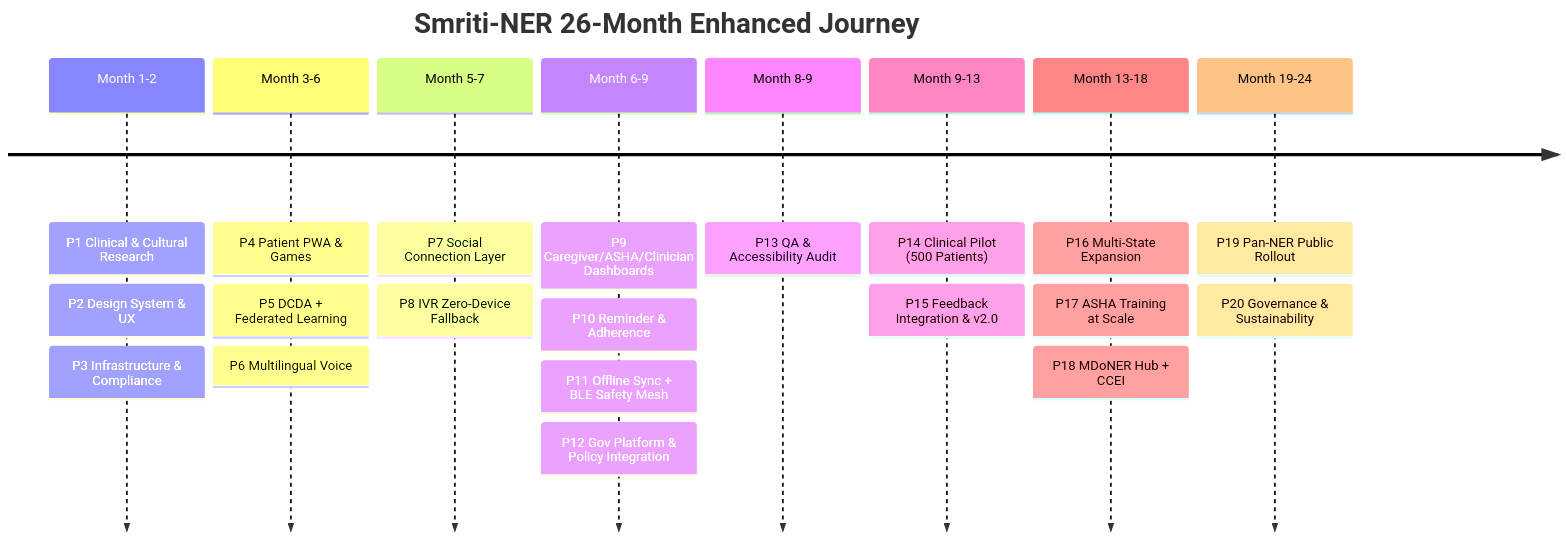
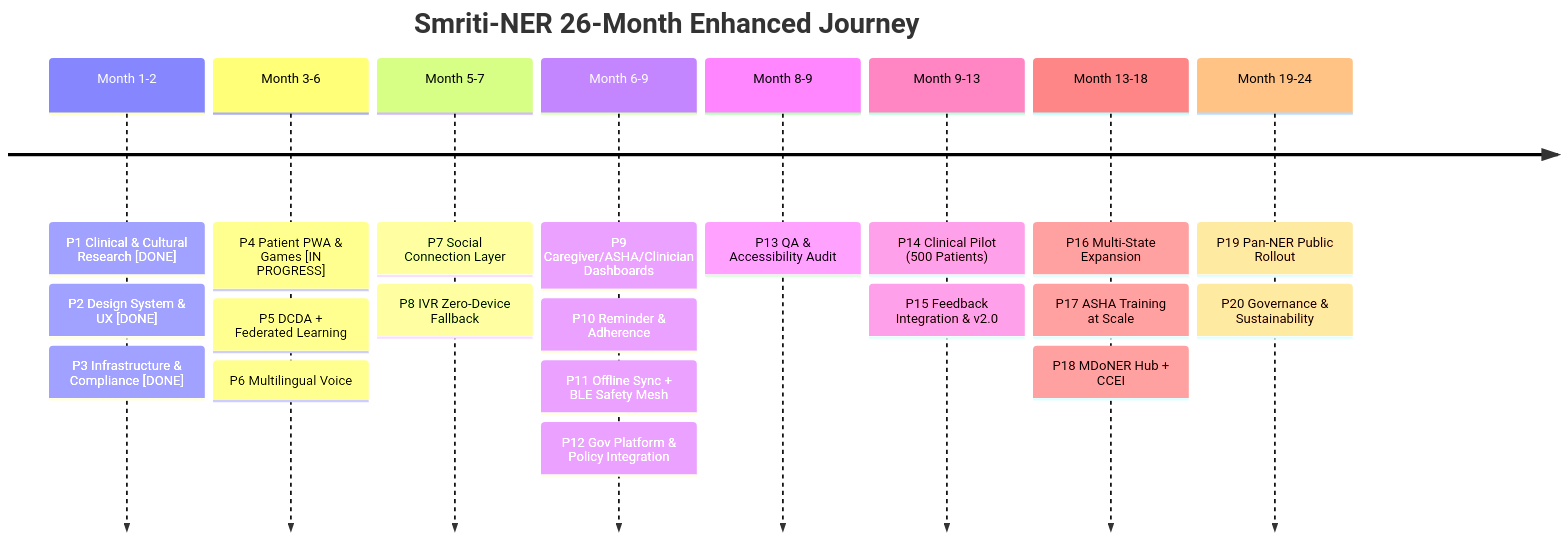
One commit to NetPranav/SIH003 changed the second of 2 diagrams in docs/Roadmap_2.md. Above: the diagram before and after it, drawn with Mermaid. The commit also changed other lines of this file, not shown here.

Commit message:
docs(roadmap): add task-level, sub-phase, and milestone checklists with completed and pending status tracking

````diff
--- a/docs/Roadmap_2.md
+++ b/docs/Roadmap_2.md
@@ -872,24 +1091,24 @@
 ```mermaid
 timeline
     title Smriti-NER 26-Month Enhanced Journey
-    Month 1-2   : P1 Clinical & Cultural Research
-                : P2 Design System & UX
-                : P3 Infrastructure & Compliance
-    Month 3-6   : P4 Patient PWA & Games
+    Month 1-2   : P1 Clinical & Cultural Research [DONE]
+                : P2 Design System & UX [DONE]
+                : P3 Infrastructure & Compliance [DONE]
+    Month 3-6   : P4 Patient PWA & Games [IN PROGRESS]
                 : P5 DCDA + Federated Learning
                 : P6 Multilingual Voice
     Month 5-7   : P7 Social Connection Layer
                 : P8 IVR Zero-Device Fallback
     Month 6-9   : P9 Caregiver/ASHA/Clinician Dashboards
                 : P10 Reminder & Adherence
                 : P11 Offline Sync + BLE Safety Mesh
                 : P12 Gov Platform & Policy Integration
     Month 8-9   : P13 QA & Accessibility Audit
     Month 9-13  : P14 Clinical Pilot (500 Patients)
                 : P15 Feedback Integration & v2.0
     Month 13-18 : P16 Multi-State Expansion
                 : P17 ASHA Training at Scale
                 : P18 MDoNER Hub + CCEI
     Month 19-24 : P19 Pan-NER Public Rollout
                 : P20 Governance & Sustainability
 ```
````
